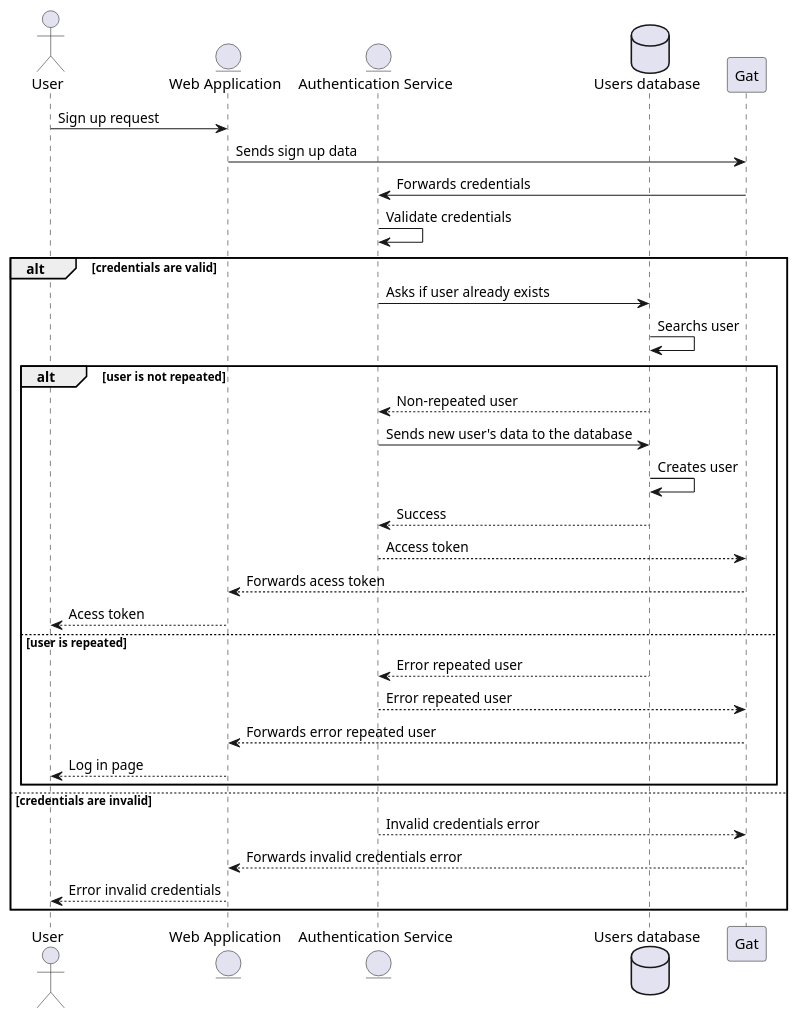
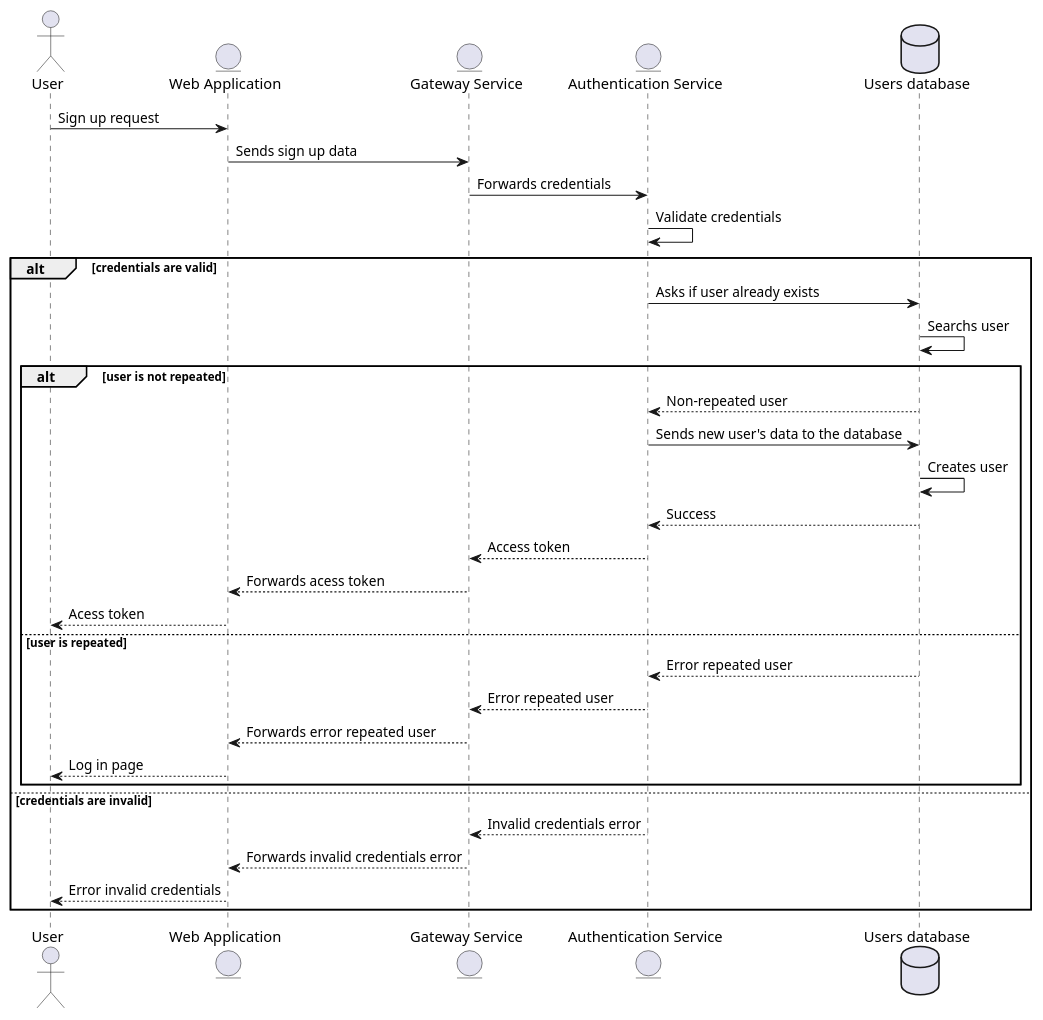
The first of 6 diagrams in docs/src/06_runtime_view.adoc (Arquisoft/wichat_en1b), drawn with PlantUML before and after one commit.

Commit message:
Declared entity Gateway Service in Sing Up Flow runtime view

```diff
--- a/docs/src/06_runtime_view.adoc
+++ b/docs/src/06_runtime_view.adoc
@@ -50,34 +50,35 @@
 [plantuml,"Authentication Sign Up Sequence",png]
 ----
 actor User
 entity "Web Application" as App
+entity "Gateway Service" as Gat
 entity "Authentication Service" as Auth
 database "Users database" as Ust
 
 User -> App: Sign up request
 App -> Gat: Sends sign up data
 Gat -> Auth: Forwards credentials
 Auth -> Auth: Validate credentials
 alt credentials are valid
     Auth -> Ust: Asks if user already exists
     Ust -> Ust: Searchs user
     alt user is not repeated
         Ust --> Auth: Non-repeated user
         Auth -> Ust: Sends new user's data to the database
         Ust -> Ust: Creates user
         Ust --> Auth: Success
         Auth --> Gat: Access token
         Gat --> App: Forwards acess token
         App --> User: Acess token
     else user is repeated
         Ust --> Auth: Error repeated user
         Auth --> Gat: Error repeated user
         Gat --> App: Forwards error repeated user
         App --> User: Log in page
     end
 else credentials are invalid
     Auth --> Gat: Invalid credentials error
     Gat --> App: Forwards invalid credentials error
     App --> User: Error invalid credentials
 end
 ----
```
